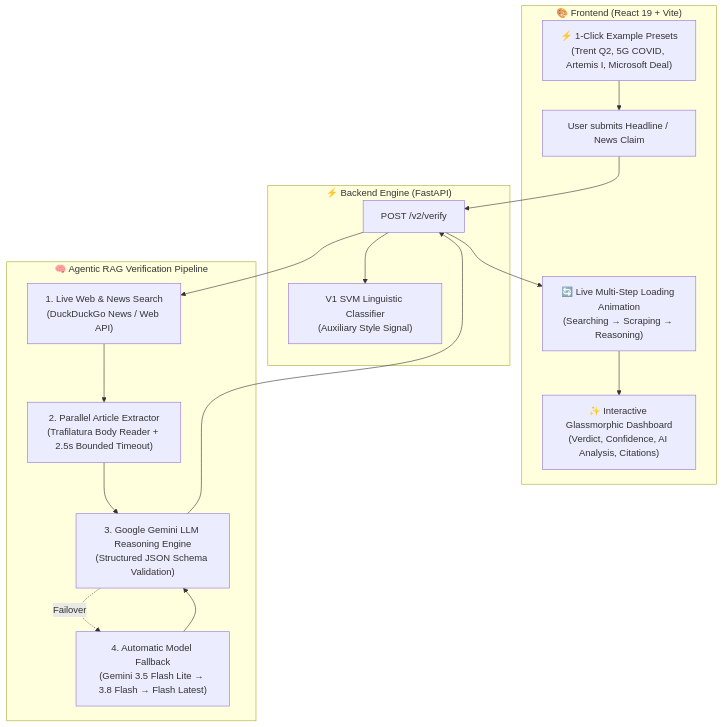
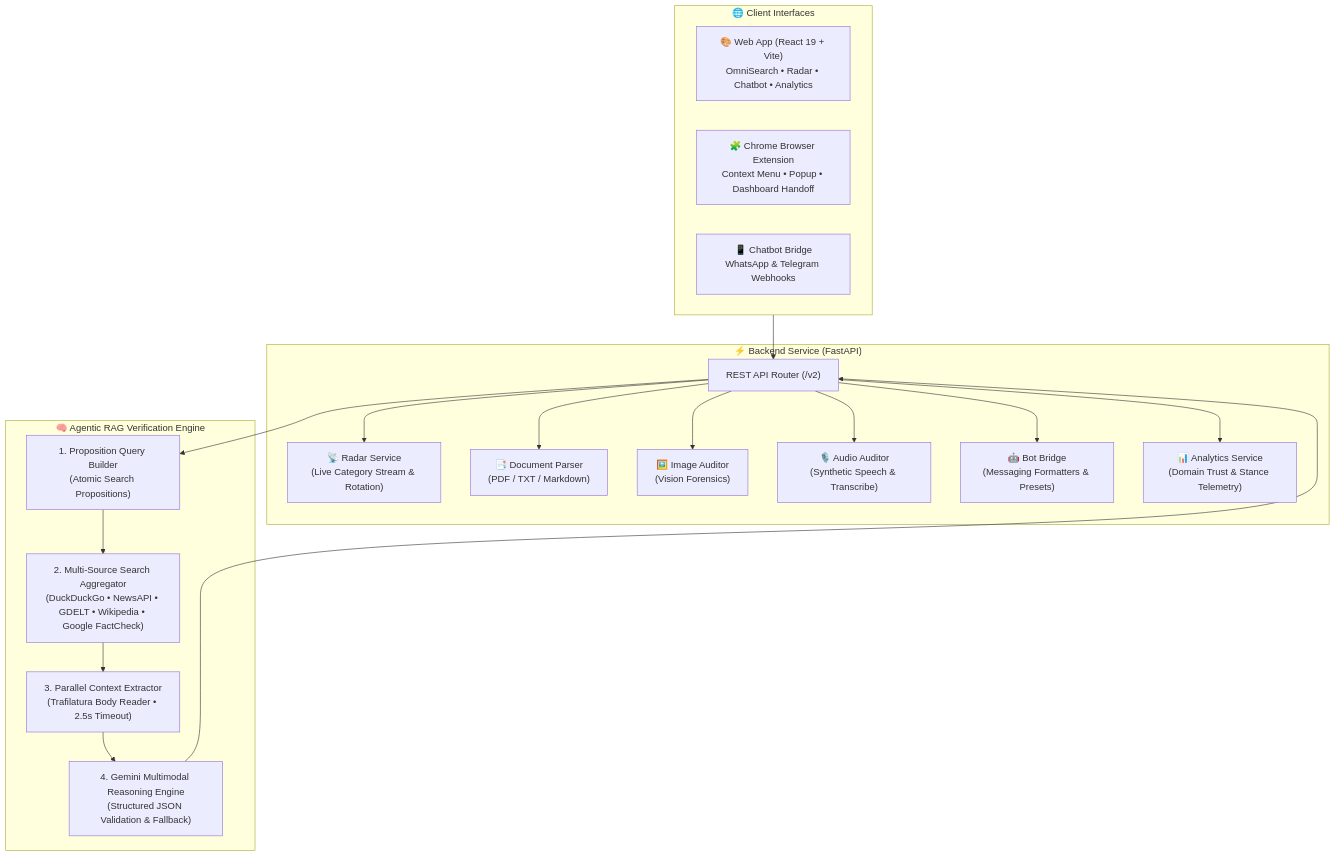
One commit to PrakharKashyap21/Real-Time-News-Verification-System changed the diagram in README.md. Above: the diagram before and after it, drawn with Mermaid. The commit also changed other lines of this file, not shown here.

Commit message:
docs: overhaul README to comprehensively document multimodal features, radar, chatbot bridge, extension, and 125 test suite

````diff
--- a/README.md
+++ b/README.md
@@ -40,33 +89,39 @@
 ```mermaid
 flowchart TD
-    subgraph UserInterface["🎨 Frontend (React 19 + Vite)"]
-        UI["User submits Headline / News Claim"]
-        Presets["⚡ 1-Click Example Presets<br>(Trent Q2, 5G COVID, Artemis I, Microsoft Deal)"]
-        Progress["🔄 Live Multi-Step Loading Animation<br>(Searching → Scraping → Reasoning)"]
-        Display["✨ Interactive Glassmorphic Dashboard<br>(Verdict, Confidence, AI Analysis, Citations)"]
+    subgraph Clients["🌐 Client Interfaces"]
+        WebUI["🎨 Web App (React 19 + Vite)<br>OmniSearch • Radar • Chatbot • Analytics"]
+        Ext["🧩 Chrome Browser Extension<br>Context Menu • Popup • Dashboard Handoff"]
+        Chatbots["📱 Chatbot Bridge<br>WhatsApp & Telegram Webhooks"]
     end
 
-    subgraph BackendAPI["⚡ Backend Engine (FastAPI)"]
-        Router["POST /v2/verify"]
-        Signal["V1 SVM Linguistic Classifier<br>(Auxiliary Style Signal)"]
+    subgraph BackendAPI["⚡ Backend Service (FastAPI)"]
+        Router["REST API Router (/v2)"]
+        RadarSvc["📡 Radar Service<br>(Live Category Stream & Rotation)"]
+        DocParser["📑 Document Parser<br>(PDF / TXT / Markdown)"]
+        ImgAudit["🖼️ Image Auditor<br>(Vision Forensics)"]
+        AudioAudit["🎙️ Audio Auditor<br>(Synthetic Speech & Transcribe)"]
+        BotBridge["🤖 Bot Bridge<br>(Messaging Formatters & Presets)"]
+        AnalyticsSvc["📊 Analytics Service<br>(Domain Trust & Stance Telemetry)"]
     end
 
-    subgraph RAGCore["🧠 Agentic RAG Verification Pipeline"]
-        Search["1. Live Web & News Search<br>(DuckDuckGo News / Web API)"]
-        Fetch["2. Parallel Article Extractor<br>(Trafilatura Body Reader + 2.5s Bounded Timeout)"]
-        Reasoning["3. Google Gemini LLM Reasoning Engine<br>(Structured JSON Schema Validation)"]
-        Fallback["4. Automatic Model Fallback<br>(Gemini 3.5 Flash Lite → 3.8 Flash → Flash Latest)"]
+    subgraph AgenticRAG["🧠 Agentic RAG Verification Engine"]
+        QB["1. Proposition Query Builder<br>(Atomic Search Propositions)"]
+        Aggregator["2. Multi-Source Search Aggregator<br>(DuckDuckGo • NewsAPI • GDELT • Wikipedia • Google FactCheck)"]
+        Extractor["3. Parallel Context Extractor<br>(Trafilatura Body Reader • 2.5s Timeout)"]
+        Reasoner["4. Gemini Multimodal Reasoning Engine<br>(Structured JSON Validation & Fallback)"]
     end
 
-    UI --> Router
-    Presets --> UI
-    Router --> Search
-    Search --> Fetch
-    Fetch --> Reasoning
-    Reasoning -. Failover .-> Fallback
-    Fallback --> Reasoning
-    Router --> Signal
-    Reasoning --> Router
-    Router --> Progress
-    Progress --> Display
+    Clients --> Router
+    Router --> RadarSvc
+    Router --> DocParser
+    Router --> ImgAudit
+    Router --> AudioAudit
+    Router --> BotBridge
+    Router --> AnalyticsSvc
+    Router --> QB
+
+    QB --> Aggregator
+    Aggregator --> Extractor
+    Extractor --> Reasoner
+    Reasoner --> Router
 ```
````
